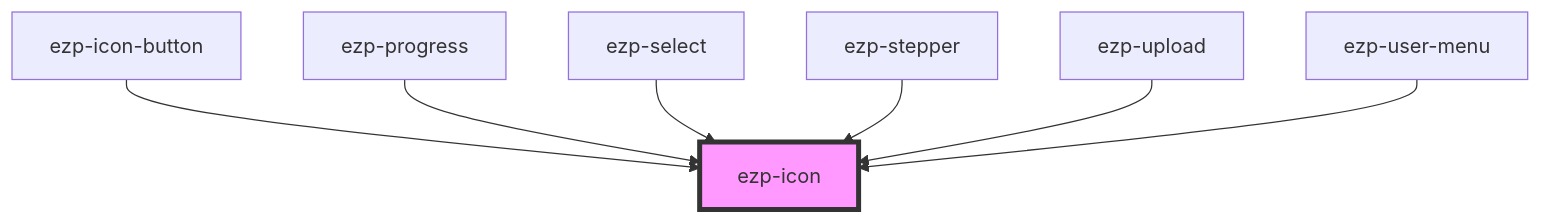
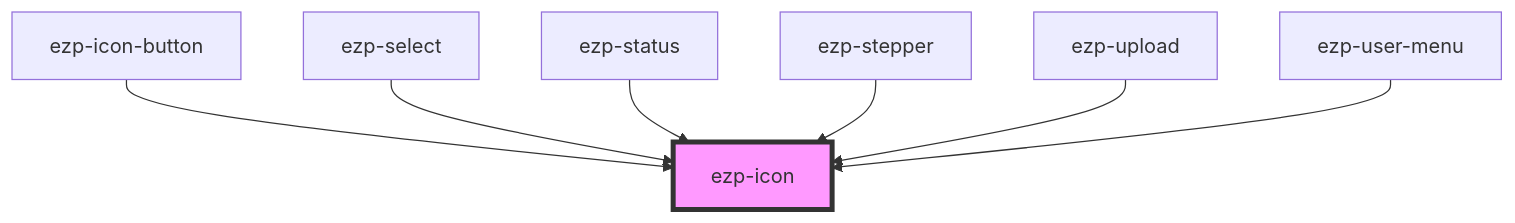
The diagram in src/components/ezp-icon/readme.md (ezeep/ezeep-js), drawn with Mermaid before and after one commit. The commit also changed other lines of this file and 12 other files, not shown here.

Commit message:
Rename progress component -> status

````diff
--- a/src/components/ezp-icon/readme.md
+++ b/src/components/ezp-icon/readme.md
@@ -26,10 +26,10 @@
 ```mermaid
 graph TD;
   ezp-icon-button --> ezp-icon
-  ezp-progress --> ezp-icon
   ezp-select --> ezp-icon
+  ezp-status --> ezp-icon
   ezp-stepper --> ezp-icon
   ezp-upload --> ezp-icon
   ezp-user-menu --> ezp-icon
   style ezp-icon fill:#f9f,stroke:#333,stroke-width:4px
 ```
````
